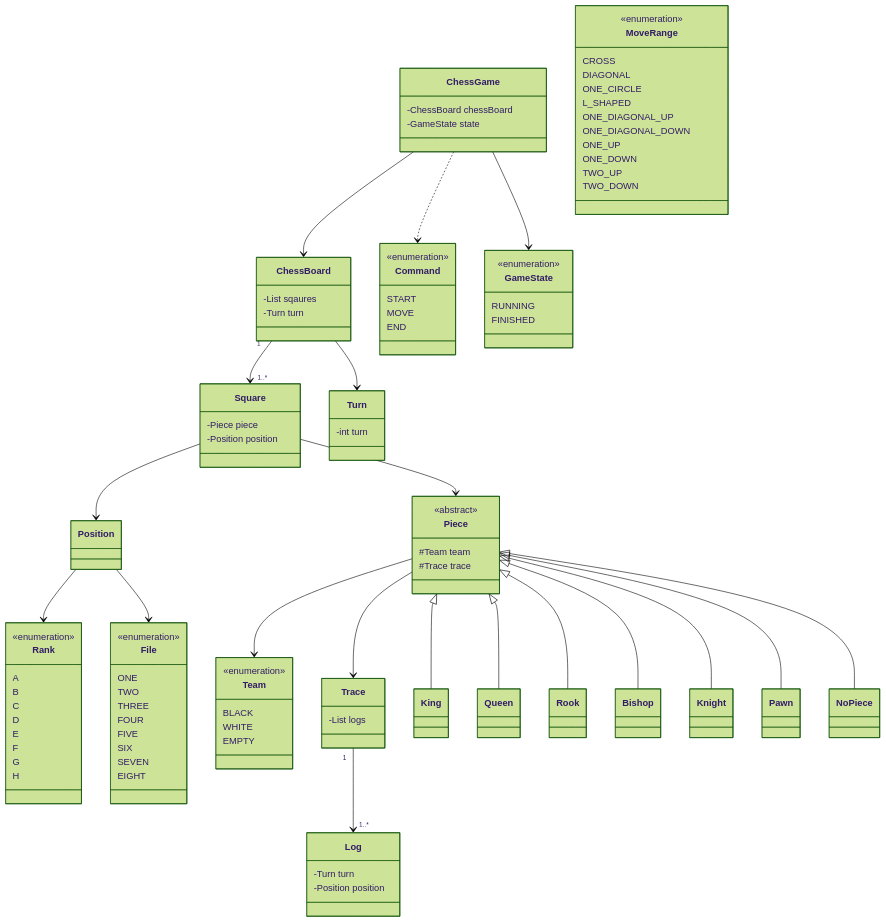
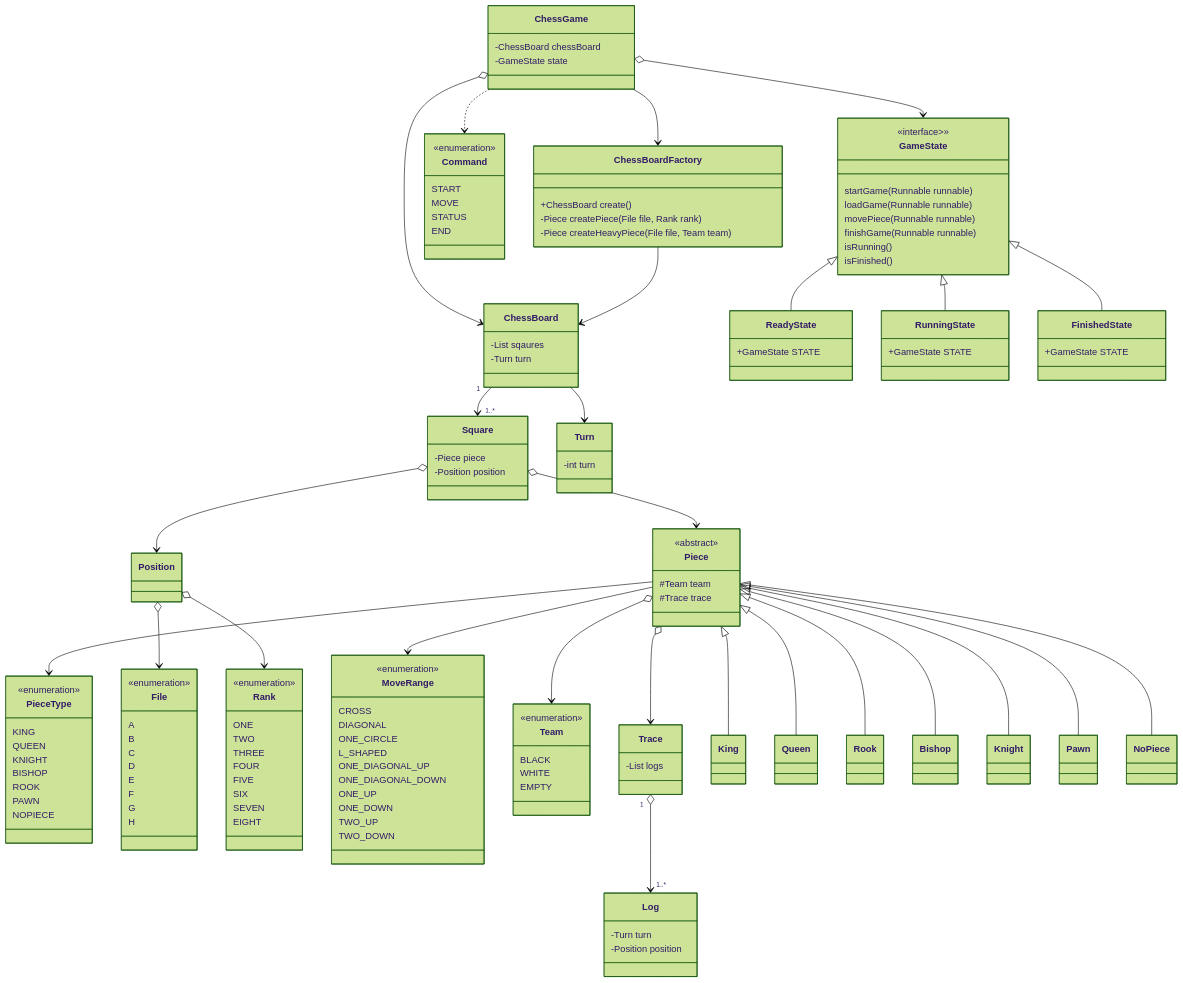
One commit to woowacourse/java-chess changed the fourth of 7 diagrams in docs/README.md. Above: the diagram before and after it, drawn with Mermaid (forest theme). The commit also changed other lines of this file and 64 other files, not shown here.

````diff
--- a/docs/README.md
+++ b/docs/README.md
@@ -57,20 +153,25 @@
 classDiagram
 
 class ChessGame {
--ChessBoard chessBoard
--GameState state
+  -ChessBoard chessBoard
+  -GameState state
 }
 class ChessBoard{
--List<Sqaure> sqaures
--Turn turn
+  -List<Sqaure> sqaures
+  -Turn turn
+}
+class ChessBoardFactory{
+  +ChessBoard create()
+  -Piece createPiece(File file, Rank rank)
+  -Piece createHeavyPiece(File file, Team team)
 }
 class Square{
--Piece piece
--Position position
+  -Piece piece
+  -Position position
 }
 
 class Turn {
--int turn
+  -int turn
 }
 class Piece{
   <<abstract>>
@@ -86,31 +187,44 @@
 Pawn
 NoPiece
 
+class PieceType{
+  <<enumeration>>
+  KING
+  QUEEN
+  KNIGHT
+  BISHOP
+  ROOK
+  PAWN
+  NOPIECE
+}
+
+
 Position
-
-class Rank{
-<<enumeration>>
-A
-B
-C
-D
-E
-F
-G
-H
-}
 
 class File{
 <<enumeration>>
-ONE
-TWO
-THREE
-FOUR
-FIVE
-SIX
-SEVEN
-EIGHT
+  A
+  B
+  C
+  D
+  E
+  F
+  G
+  H
 }
+
+class Rank{
+  <<enumeration>>
+  ONE
+  TWO
+  THREE
+  FOUR
+  FIVE
+  SIX
+  SEVEN
+  EIGHT
+}
+
 class MoveRange{
     <<enumeration>>
     CROSS
@@ -125,29 +239,44 @@
     TWO_DOWN
 }
 class Command{
-<<enumeration>>
-START
-MOVE
-END
+  <<enumeration>>
+  START
+  MOVE
+  STATUS
+  END
 }
 class Team{
-<<enumeration>>
-BLACK
-WHITE
-EMPTY
+  <<enumeration>>
+  BLACK
+  WHITE
+  EMPTY
 }
 
 class GameState{
-<<enumeration>>
-RUNNING
-FINISHED
+  <<interface>>>
+  startGame(Runnable runnable)
+  loadGame(Runnable runnable)
+  movePiece(Runnable runnable)
+  finishGame(Runnable runnable)
+  isRunning()
+  isFinished()
 }
+class ReadyState{
+   +GameState STATE
+}
+class RunningState{
+   +GameState STATE
+}
+class FinishedState{
+   +GameState STATE
+}
+
 class Trace{
--List<Log> logs
+  -List<Log> logs
 }
 class Log {
--Turn turn
--Position position
+  -Turn turn
+  -Position position
 }
 
 Piece<|--King
@@ -158,17 +287,30 @@
 Piece<|--Pawn
 Piece<|--NoPiece
 
-ChessGame --> ChessBoard
-ChessGame --> GameState
+ChessGame o--> ChessBoard
+ChessGame o--> GameState
 ChessGame ..> Command
+ChessGame-->ChessBoardFactory
+
+ChessBoardFactory-->ChessBoard
 ChessBoard "1"-->"1..*" Square
 ChessBoard --> Turn
-Square --> Piece
-Square --> Position
-Position --> Rank
-Position --> File
-Piece --> Team
-Piece --> Trace
-Trace"1"-->"1..*"Log
+
+Square o--> Piece
+Square o--> Position
+
+Position o--> Rank
+Position o--> File
+
+Piece-->PieceType
+Piece-->MoveRange
+Piece o--> Team
+Piece o--> Trace
+Trace"1"o-->"1..*"Log
+
+GameState<|--ReadyState
+GameState<|--RunningState
+GameState<|--FinishedState
+
 
 ```
````
